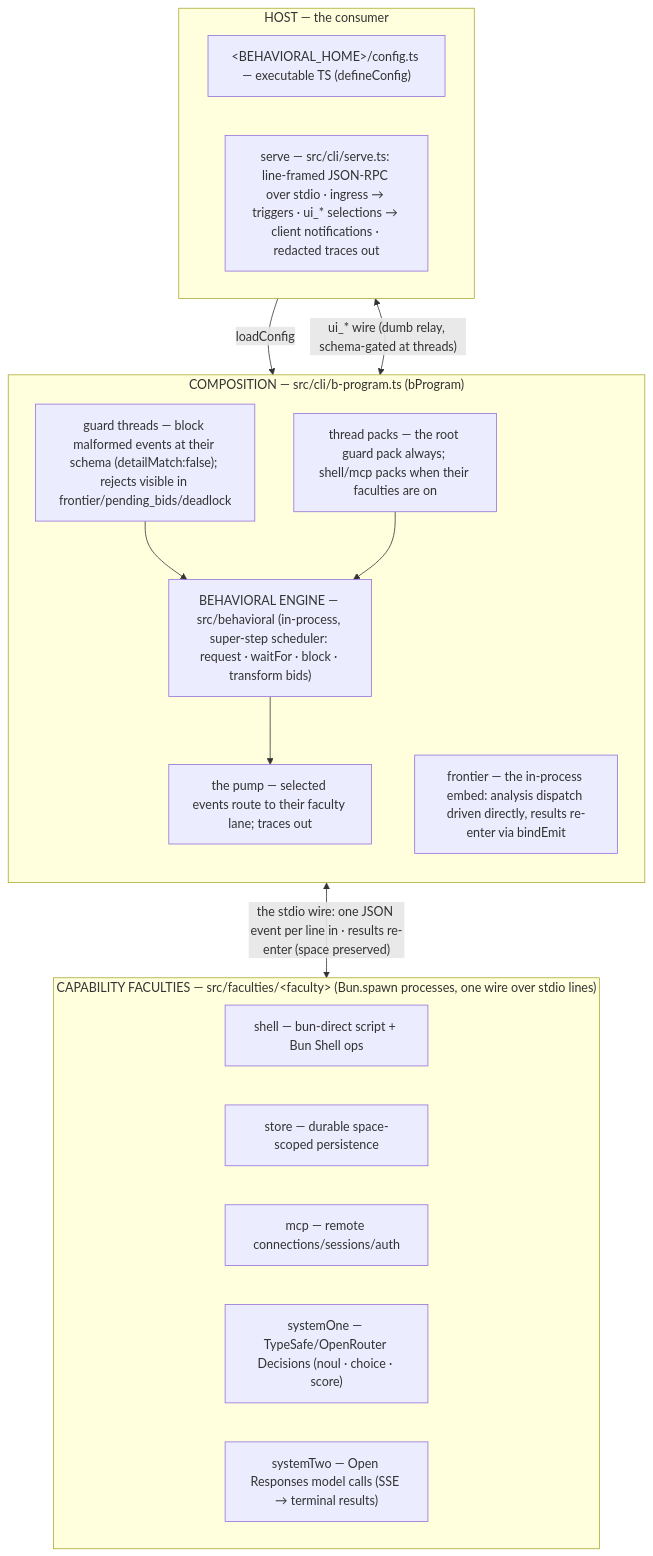
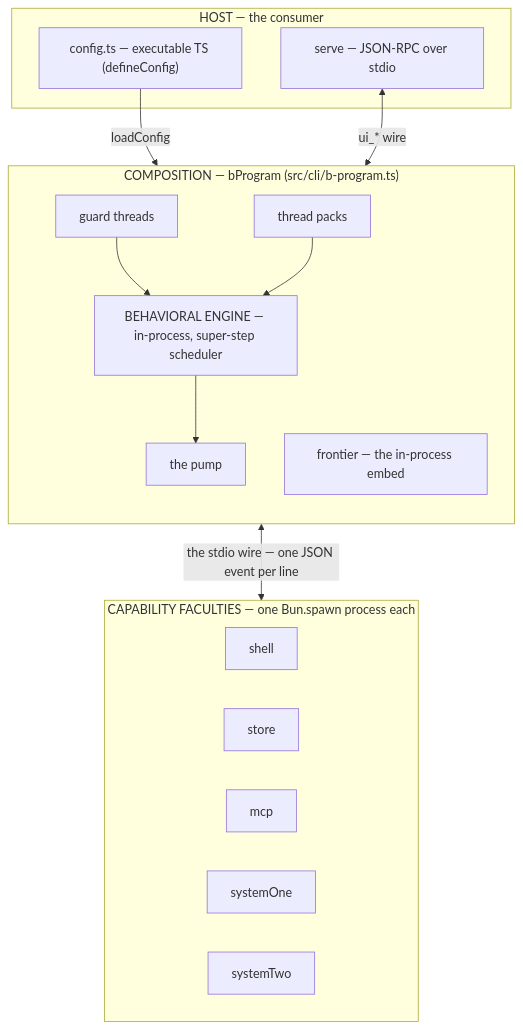
Before and after one commit to plaited/behavioral: the first of 2 diagrams in README.md, drawn with Mermaid. The commit also changed other lines of this file, not shown here.

Commit message:
docs(readme): the architecture splits into two diagrams, each doing its job
One diagram was carrying three jobs — the layered assembly, the faculty
catalog, and the request lifecycle — which is why no layout type felt
right. Now:

- the assembly (flowchart TD): terse three bands — host, composition,
  faculties — with one-line labels; the prose paragraphs carry the
  detail the old node labels were folding in, and the faculties render
  as a five-slot process bus.
- the life of a request (sequenceDiagram): the lane contract as an
  actual message flow — request line in, result re-enters, valid
  selects, malformed is blocked by the guard visibly, cancel aborts
  with the first stop reason winning, crash synthesizes exactly one
  faculty_error with respawn on demand. The type is built for exactly
  this story; it sits after the 'faculties are processes' paragraph it
  illustrates.

````diff
--- a/README.md
+++ b/README.md
@@ -16,33 +16,32 @@
 ```mermaid
 flowchart TD
   subgraph HOST["HOST — the consumer"]
-    direction LR
-    CONFIG["&lt;BEHAVIORAL_HOME&gt;/config.ts — executable TS (defineConfig)"]
-    SERVE["serve — src/cli/serve.ts: line-framed JSON-RPC over stdio · ingress → triggers · ui_* selections → client notifications · redacted traces out"]
+    CONFIG["config.ts — executable TS (defineConfig)"]
+    SERVE["serve — JSON-RPC over stdio"]
   end
 
-  subgraph COMPOSE["COMPOSITION — src/cli/b-program.ts (bProgram)"]
+  subgraph COMPOSE["COMPOSITION — bProgram (src/cli/b-program.ts)"]
     direction TB
-    GUARDS["guard threads — block malformed events at their schema (detailMatch:false); rejects visible in frontier/pending_bids/deadlock"]
-    PACKS["thread packs — the root guard pack always; shell/mcp packs when their faculties are on"]
-    ENGINE["BEHAVIORAL ENGINE — src/behavioral (in-process, super-step scheduler: request · waitFor · block · transform bids)"]
-    ROUTER["the pump — selected events route to their faculty lane; traces out"]
-    FRONTIER["frontier — the in-process embed: analysis dispatch driven directly, results re-enter via bindEmit"]
+    GUARDS["guard threads"]
+    PACKS["thread packs"]
+    ENGINE["BEHAVIORAL ENGINE — in-process, super-step scheduler"]
+    ROUTER["the pump"]
+    FRONTIER["frontier — the in-process embed"]
     GUARDS --> ENGINE
     PACKS --> ENGINE
     ENGINE --> ROUTER
   end
 
-  subgraph FACULTIES["CAPABILITY FACULTIES — src/faculties/&lt;faculty&gt; (Bun.spawn processes, one wire over stdio lines)"]
+  subgraph FACULTIES["CAPABILITY FACULTIES — one Bun.spawn process each"]
     direction LR
-    SHELL["shell — bun-direct script + Bun Shell ops"]
-    STORE["store — durable space-scoped persistence"]
-    MCP["mcp — remote connections/sessions/auth"]
-    S1["systemOne — TypeSafe/OpenRouter Decisions (noul · choice · score)"]
-    S2["systemTwo — Open Responses model calls (SSE → terminal results)"]
+    SHELL["shell"]
+    STORE["store"]
+    MCP["mcp"]
+    S1["systemOne"]
+    S2["systemTwo"]
   end
 
   CONFIG -->|"loadConfig"| COMPOSE
-  SERVE <-->|"ui_* wire (dumb relay, schema-gated at threads)"| COMPOSE
-  COMPOSE <-->|"the stdio wire: one JSON event per line in · results re-enter (space preserved)"| FACULTIES
+  SERVE <-->|"ui_* wire"| COMPOSE
+  COMPOSE <-->|"the stdio wire — one JSON event per line"| FACULTIES
 ```
````
